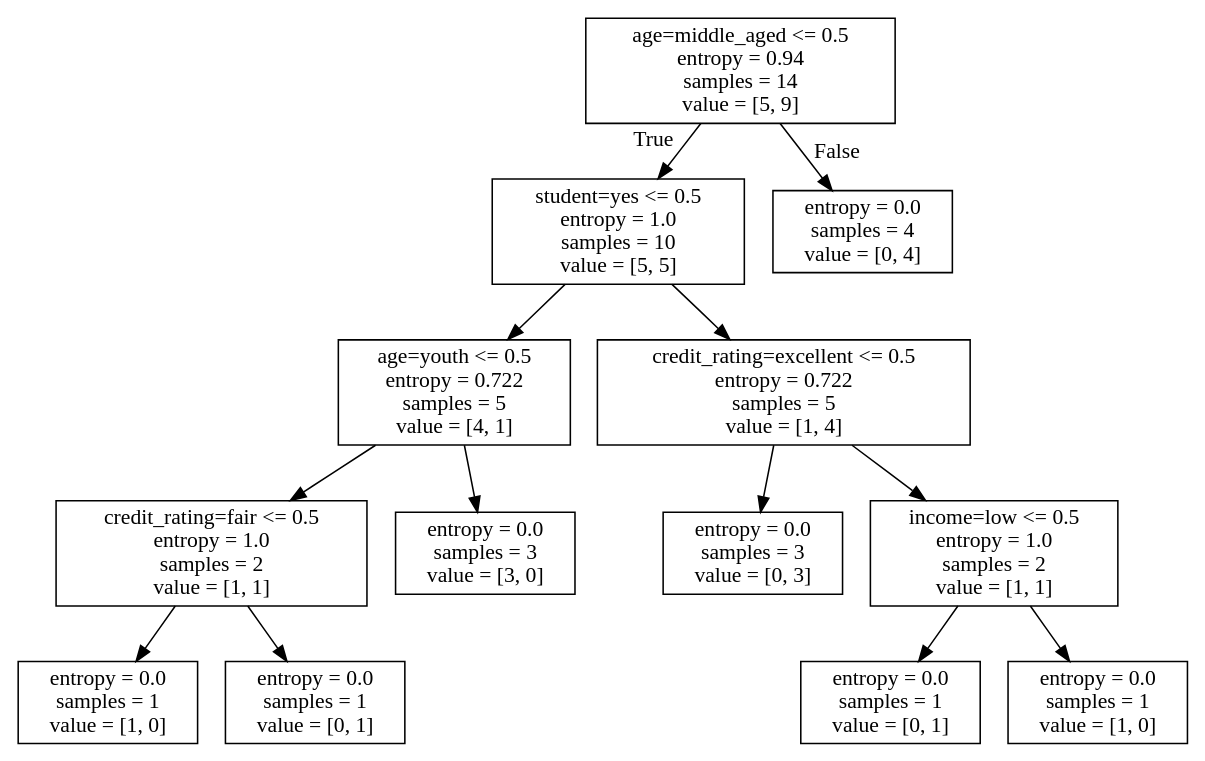
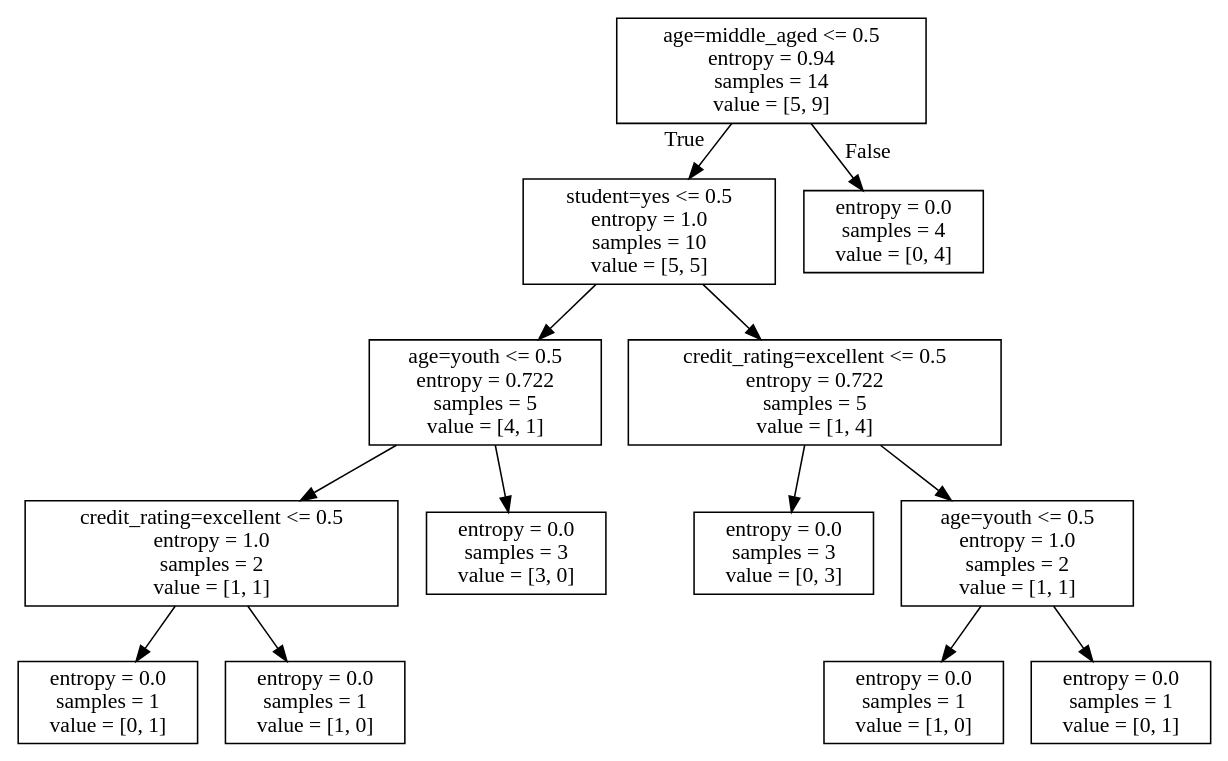
The diagram in DecisionTree/allElectronicInformationGainOri.dot (QQ1134614268/PythonTemplate), drawn with Graphviz before and after one commit. The commit also changed 15 other files, not shown here.

```diff
--- a/DecisionTree/allElectronicInformationGainOri.dot
+++ b/DecisionTree/allElectronicInformationGainOri.dot
@@ -1,28 +1,28 @@
 digraph Tree {
 node [shape=box] ;
 0 [label="age=middle_aged <= 0.5\nentropy = 0.94\nsamples = 14\nvalue = [5, 9]"] ;
 1 [label="student=yes <= 0.5\nentropy = 1.0\nsamples = 10\nvalue = [5, 5]"] ;
 0 -> 1 [labeldistance=2.5, labelangle=45, headlabel="True"] ;
 2 [label="age=youth <= 0.5\nentropy = 0.722\nsamples = 5\nvalue = [4, 1]"] ;
 1 -> 2 ;
-3 [label="credit_rating=fair <= 0.5\nentropy = 1.0\nsamples = 2\nvalue = [1, 1]"] ;
+3 [label="credit_rating=excellent <= 0.5\nentropy = 1.0\nsamples = 2\nvalue = [1, 1]"] ;
 2 -> 3 ;
-4 [label="entropy = 0.0\nsamples = 1\nvalue = [1, 0]"] ;
+4 [label="entropy = 0.0\nsamples = 1\nvalue = [0, 1]"] ;
 3 -> 4 ;
-5 [label="entropy = 0.0\nsamples = 1\nvalue = [0, 1]"] ;
+5 [label="entropy = 0.0\nsamples = 1\nvalue = [1, 0]"] ;
 3 -> 5 ;
 6 [label="entropy = 0.0\nsamples = 3\nvalue = [3, 0]"] ;
 2 -> 6 ;
 7 [label="credit_rating=excellent <= 0.5\nentropy = 0.722\nsamples = 5\nvalue = [1, 4]"] ;
 1 -> 7 ;
 8 [label="entropy = 0.0\nsamples = 3\nvalue = [0, 3]"] ;
 7 -> 8 ;
-9 [label="income=low <= 0.5\nentropy = 1.0\nsamples = 2\nvalue = [1, 1]"] ;
+9 [label="age=youth <= 0.5\nentropy = 1.0\nsamples = 2\nvalue = [1, 1]"] ;
 7 -> 9 ;
-10 [label="entropy = 0.0\nsamples = 1\nvalue = [0, 1]"] ;
+10 [label="entropy = 0.0\nsamples = 1\nvalue = [1, 0]"] ;
 9 -> 10 ;
-11 [label="entropy = 0.0\nsamples = 1\nvalue = [1, 0]"] ;
+11 [label="entropy = 0.0\nsamples = 1\nvalue = [0, 1]"] ;
 9 -> 11 ;
 12 [label="entropy = 0.0\nsamples = 4\nvalue = [0, 4]"] ;
 0 -> 12 [labeldistance=2.5, labelangle=-45, headlabel="False"] ;
 }
```
